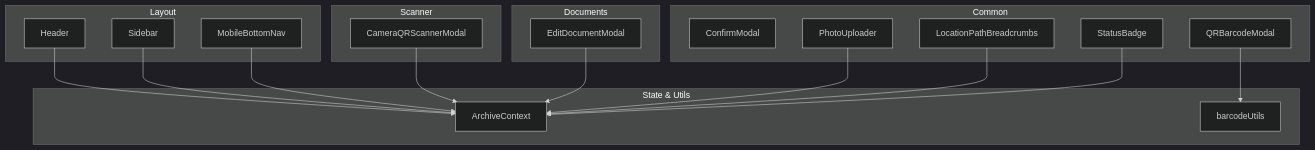
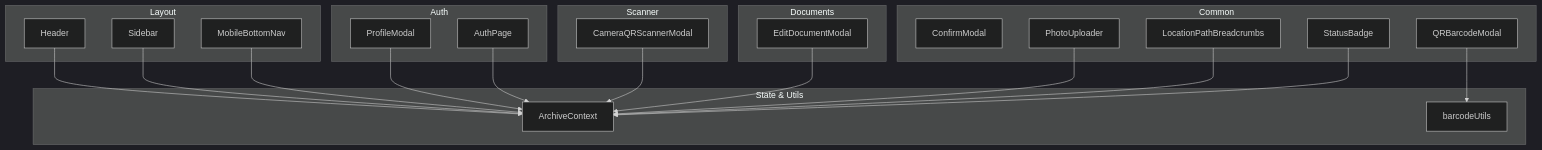
The first of 4 diagrams in .qoder/repowiki/en/content/UI Components.md (djahasiel101600/archivehub), drawn with Mermaid (dark theme) before and after one commit. The commit also changed other lines of this file and 12 other files, not shown here.

````diff
--- a/.qoder/repowiki/en/content/UI Components.md
+++ b/.qoder/repowiki/en/content/UI Components.md
@@ -47,34 +59,40 @@
 ```mermaid
 graph TB
 subgraph "Layout"
 H["Header"]
 S["Sidebar"]
 MB["MobileBottomNav"]
+end
+subgraph "Auth"
+PM["ProfileModal"]
+AP["AuthPage"]
 end
 subgraph "Common"
 CM["ConfirmModal"]
 PU["PhotoUploader"]
 QBM["QRBarcodeModal"]
 SB["StatusBadge"]
 LPB["LocationPathBreadcrumbs"]
 end
 subgraph "Scanner"
 CQM["CameraQRScannerModal"]
 end
 subgraph "Documents"
 EDM["EditDocumentModal"]
 end
 subgraph "State & Utils"
 AC["ArchiveContext"]
 BU["barcodeUtils"]
 end
 H --> AC
 S --> AC
 MB --> AC
+PM --> AC
+AP --> AC
 CQM --> AC
 QBM --> BU
 EDM --> AC
 PU --> AC
 LPB --> AC
 SB --> AC
 ```
````
